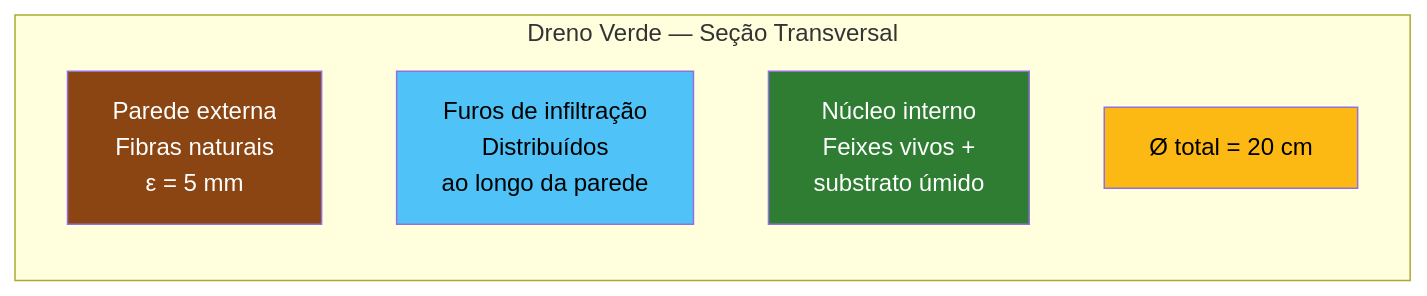
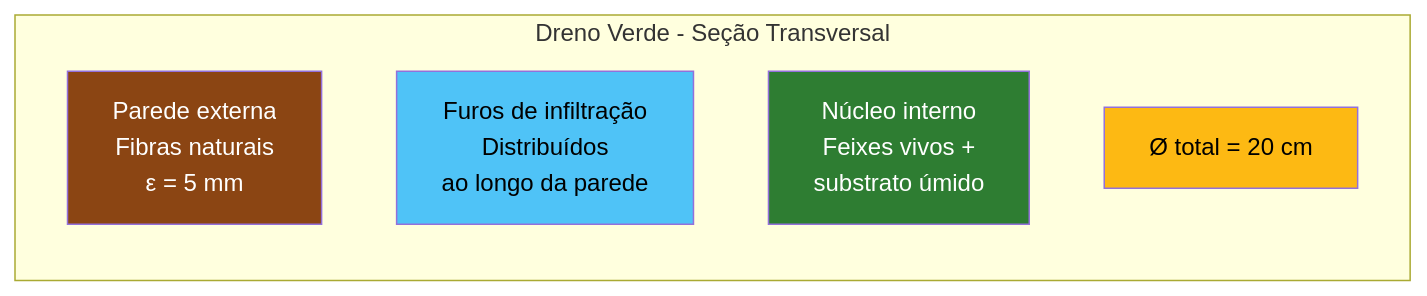
The fourth of 10 diagrams in aulas/bioengenharia_de_solos/aulas/aula10_feixes_vivos/aula10_feixes_vivos.qmd (ldvsantos/cv), drawn with Mermaid before and after one commit. The commit also changed other lines of this file and 396 other files, not shown here.

````diff
--- a/aulas/bioengenharia_de_solos/aulas/aula10_feixes_vivos/aula10_feixes_vivos.qmd
+++ b/aulas/bioengenharia_de_solos/aulas/aula10_feixes_vivos/aula10_feixes_vivos.qmd
@@ -510,15 +510,15 @@
 ```{mermaid}
 %%| fig-width: 5
 graph LR
-    subgraph Dreno["Dreno Verde — Seção Transversal"]
+    subgraph Dreno["Dreno Verde - Seção Transversal"]
         direction TB
         A["Parede externa<br>Fibras naturais<br>ε = 5 mm"]
         B["Furos de infiltração<br>Distribuídos<br>ao longo da parede"]
         C["Núcleo interno<br>Feixes vivos +<br>substrato úmido"]
         D["Ø total = 20 cm"]
     end
     style A fill:#8B4513,color:#fff
     style B fill:#4FC3F7,color:#000
     style C fill:#2E7D32,color:#fff
     style D fill:#FDB913,color:#000
 ```
````
